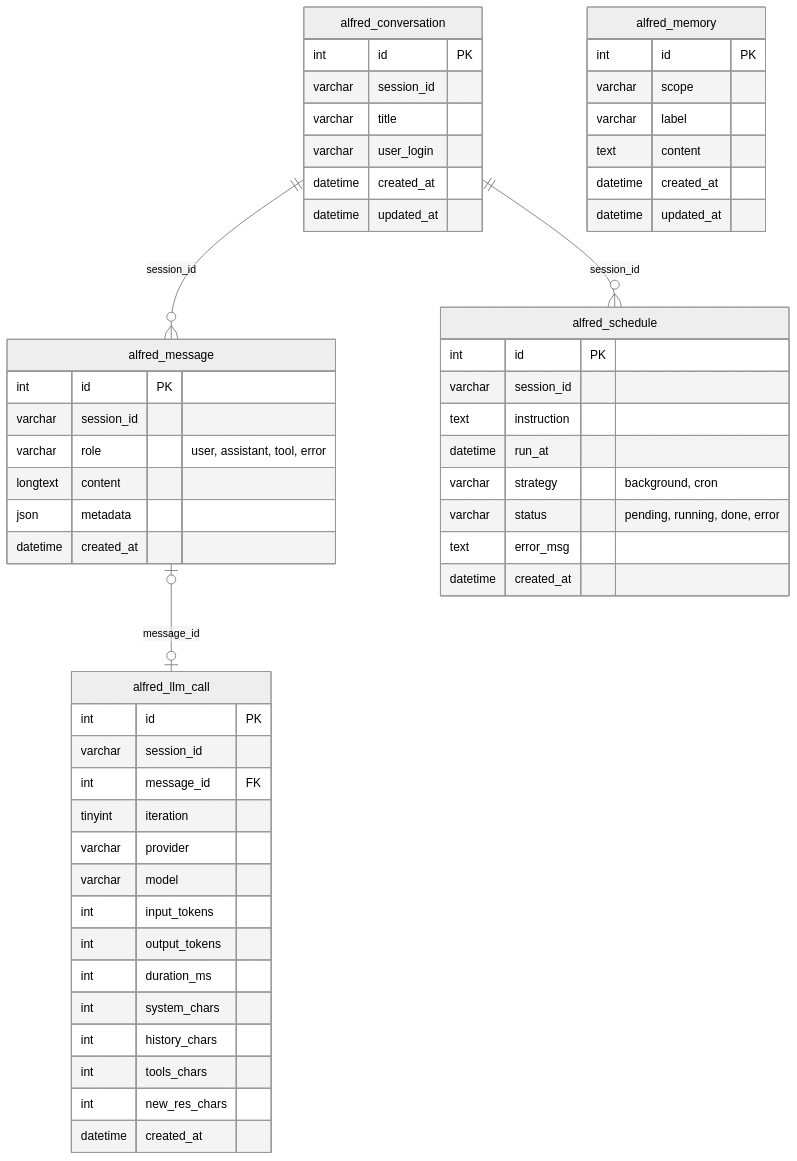
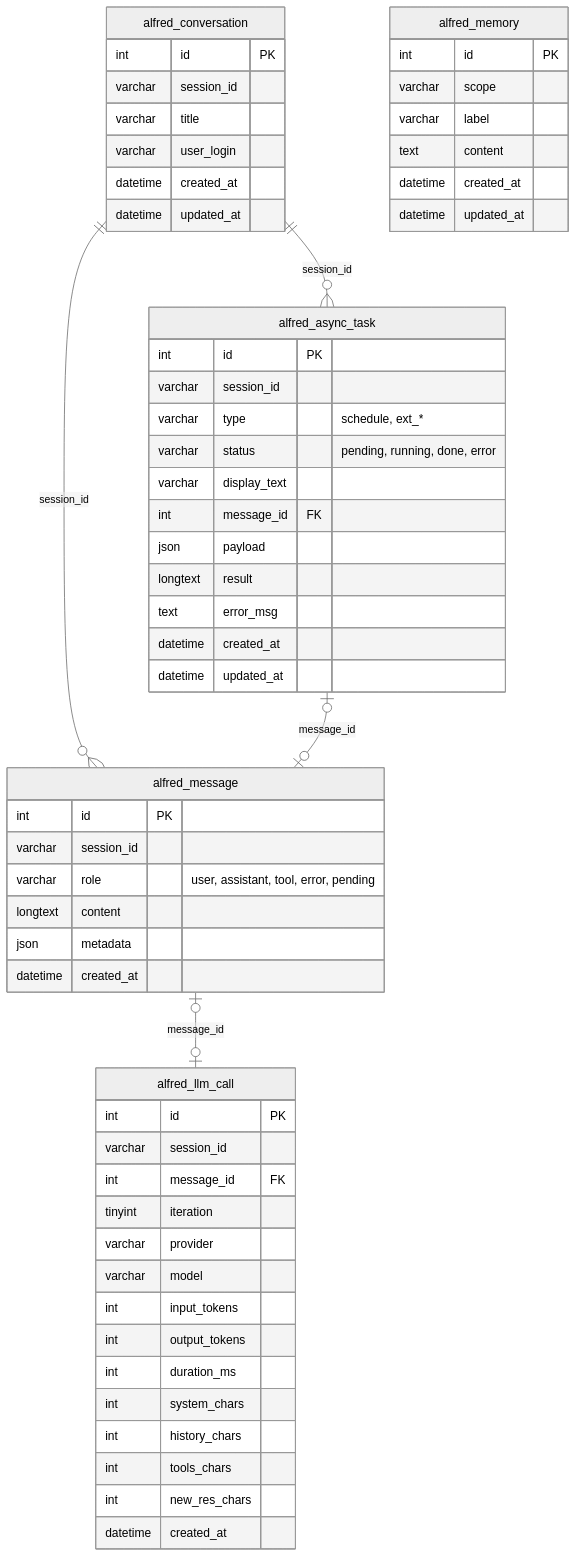
Before and after one commit to clement-cunin/JeedomAlfred: the diagram in docs/database.md, drawn with Mermaid (neutral theme). The commit also changed other lines of this file and 15 other files, not shown here.

First line of the commit message:
feat(async): unified async task table with pending UI feedback (#46)

````diff
--- a/docs/database.md
+++ b/docs/database.md
@@ -7,61 +7,65 @@
 ```mermaid
 erDiagram
     alfred_conversation {
         int id PK
         varchar session_id
         varchar title
         varchar user_login
         datetime created_at
         datetime updated_at
     }
 
     alfred_message {
         int id PK
         varchar session_id
-        varchar role "user, assistant, tool, error"
+        varchar role "user, assistant, tool, error, pending"
         longtext content
         json metadata
         datetime created_at
     }
 
     alfred_llm_call {
         int id PK
         varchar session_id
         int message_id FK
         tinyint iteration
         varchar provider
         varchar model
         int input_tokens
         int output_tokens
         int duration_ms
         int system_chars
         int history_chars
         int tools_chars
         int new_res_chars
         datetime created_at
     }
 
     alfred_memory {
         int id PK
         varchar scope
         varchar label
         text content
         datetime created_at
         datetime updated_at
     }
 
-    alfred_schedule {
+    alfred_async_task {
         int id PK
         varchar session_id
-        text instruction
-        datetime run_at
-        varchar strategy "background, cron"
+        varchar type "schedule, ext_*"
         varchar status "pending, running, done, error"
+        varchar display_text
+        int message_id FK
+        json payload
+        longtext result
         text error_msg
         datetime created_at
+        datetime updated_at
     }
 
     alfred_conversation ||--o{ alfred_message : "session_id"
-    alfred_conversation ||--o{ alfred_schedule : "session_id"
+    alfred_conversation ||--o{ alfred_async_task : "session_id"
     alfred_message |o--o| alfred_llm_call : "message_id"
+    alfred_async_task |o--o| alfred_message : "message_id"
 ```
````
